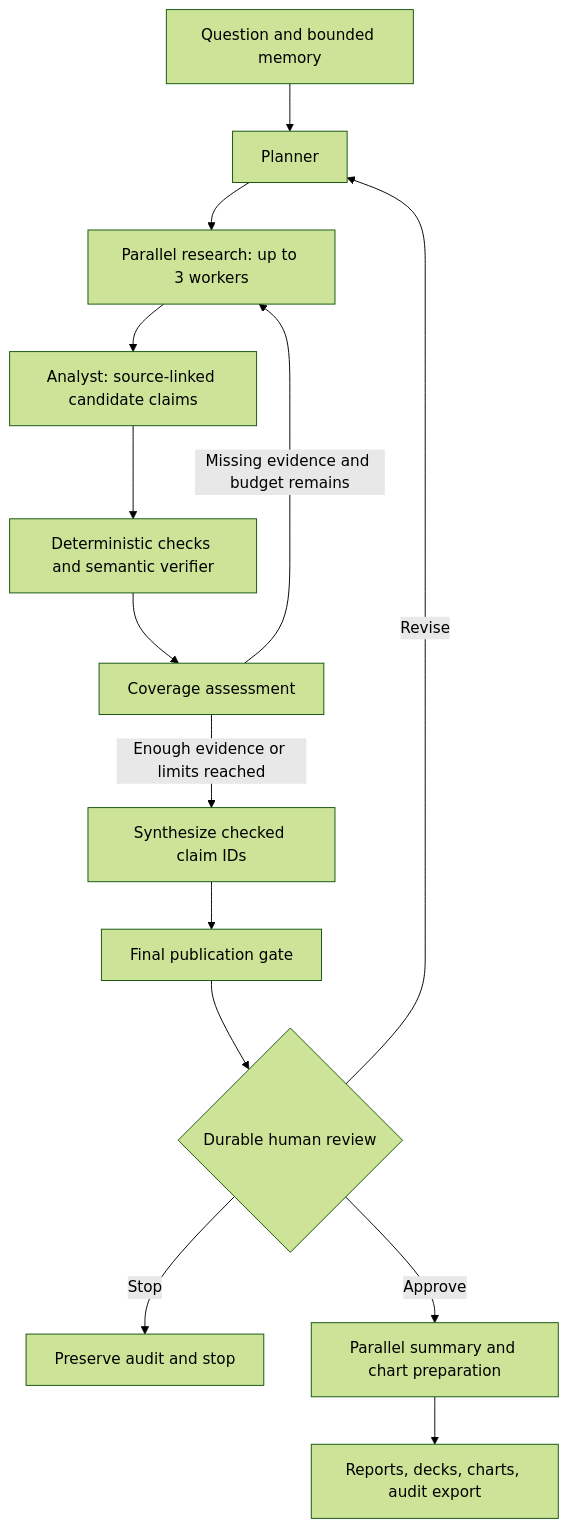
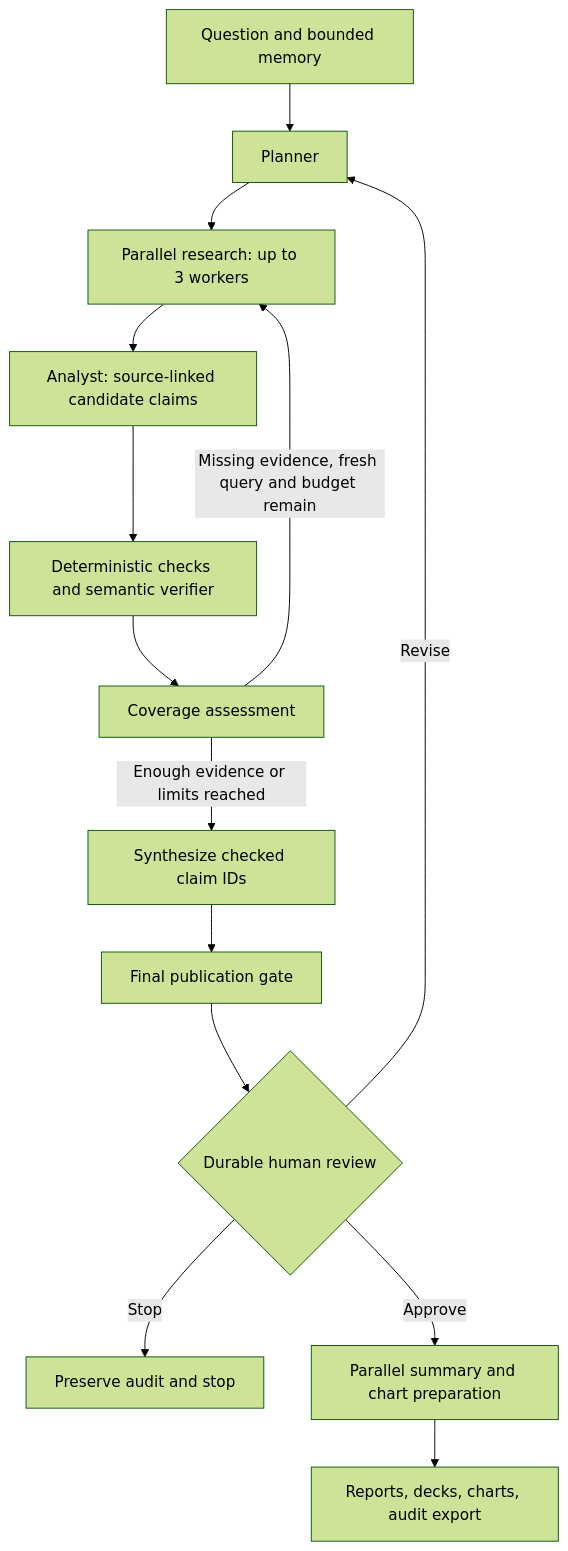
Before and after one commit to Ben-cod1ng/DeepDive: the second of 3 diagrams in README.md, drawn with Mermaid (forest theme). The commit also changed other lines of this file and 47 other files, not shown here.

````diff
--- a/README.md
+++ b/README.md
@@ -49,16 +52,16 @@
 ```mermaid
 flowchart TD
     Q[Question and bounded memory] --> P[Planner]
     P --> R[Parallel research: up to 3 workers]
     R --> A[Analyst: source-linked candidate claims]
     A --> V[Deterministic checks and semantic verifier]
     V --> C[Coverage assessment]
-    C -->|Missing evidence and budget remains| R
+    C -->|Missing evidence, fresh query and budget remain| R
     C -->|Enough evidence or limits reached| S[Synthesize checked claim IDs]
     S --> G[Final publication gate]
     G --> H{Durable human review}
     H -->|Revise| P
     H -->|Stop| Stop[Preserve audit and stop]
     H -->|Approve| Parallel[Parallel summary and chart preparation]
     Parallel --> Output[Reports, decks, charts, audit export]
 ```
````
